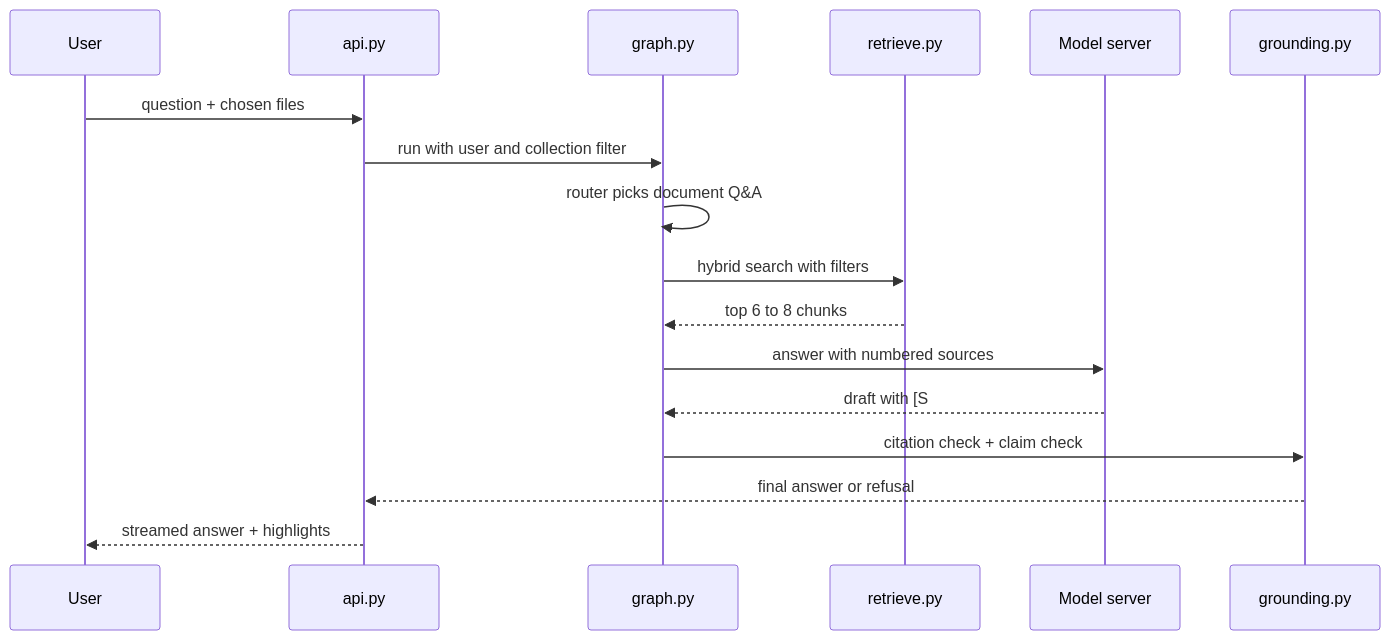
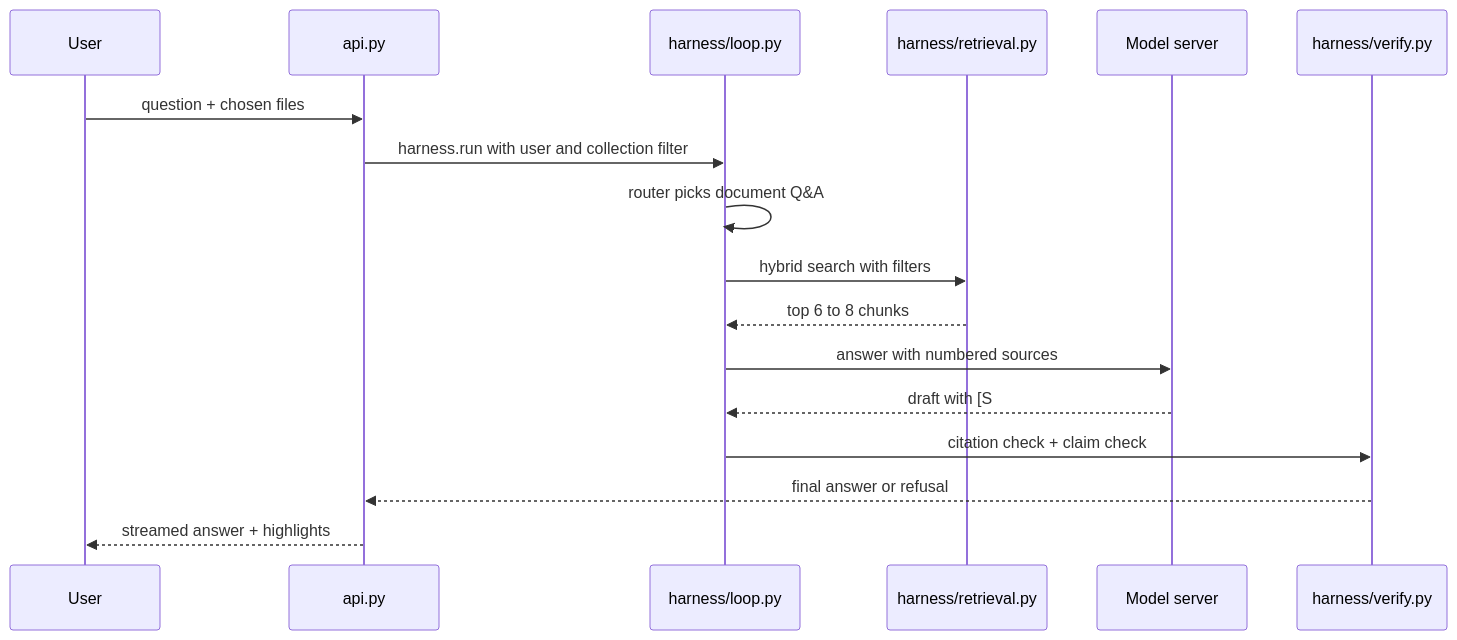
Before and after one commit to mdu-ai-lab/multiagent-ai-lab: the second of 3 diagrams in docs/04-architecture/system-architecture.md, drawn with Mermaid. The commit also changed other lines of this file and 23 other files, not shown here.

Commit message:
Plan the agent harness as one package with one streaming entry point for context, retrieval, memory, tools, the agent loop, limits, guards and answer checks

````diff
--- a/docs/04-architecture/system-architecture.md
+++ b/docs/04-architecture/system-architecture.md
@@ -56,19 +57,19 @@
 ```mermaid
 sequenceDiagram
   participant U as User
   participant A as api.py
-  participant G as graph.py
-  participant R as retrieve.py
+  participant G as harness/loop.py
+  participant R as harness/retrieval.py
   participant M as Model server
-  participant C as grounding.py
+  participant C as harness/verify.py
   U->>A: question + chosen files
-  A->>G: run with user and collection filter
+  A->>G: harness.run with user and collection filter
   G->>G: router picks document Q&A
   G->>R: hybrid search with filters
   R-->>G: top 6 to 8 chunks
   G->>M: answer with numbered sources
   M-->>G: draft with [S#]
   G->>C: citation check + claim check
   C-->>A: final answer or refusal
   A-->>U: streamed answer + highlights
 ```
````
